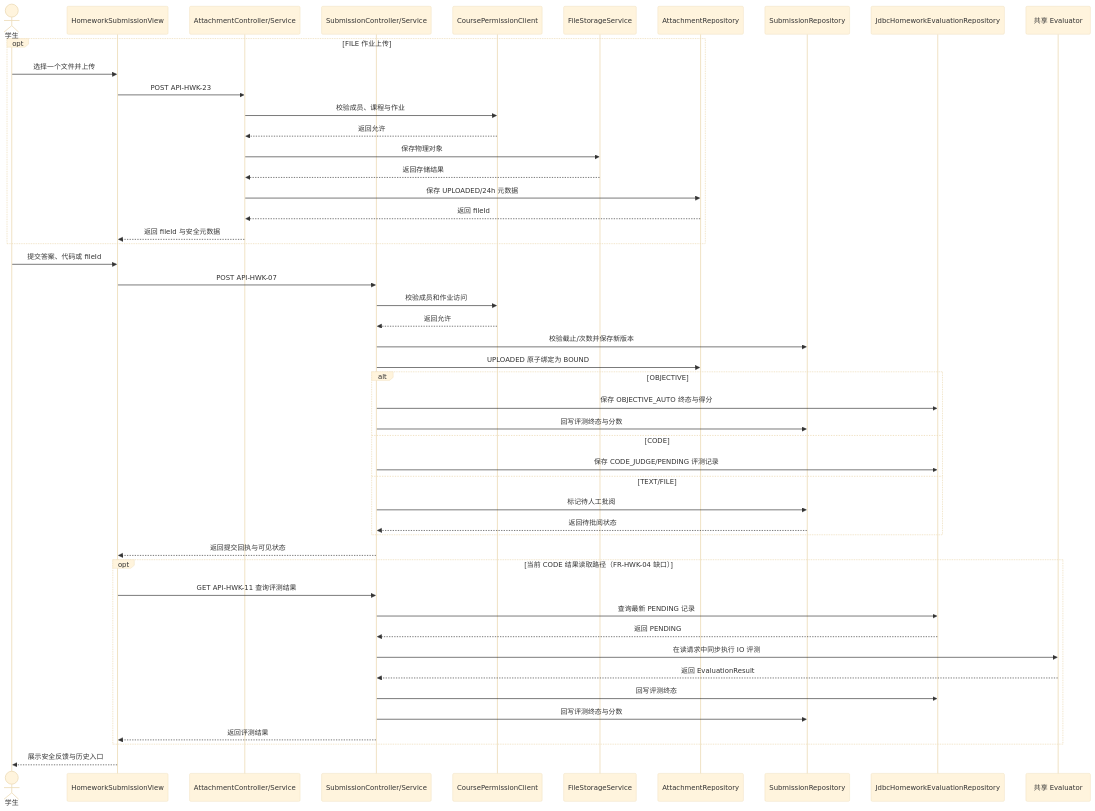
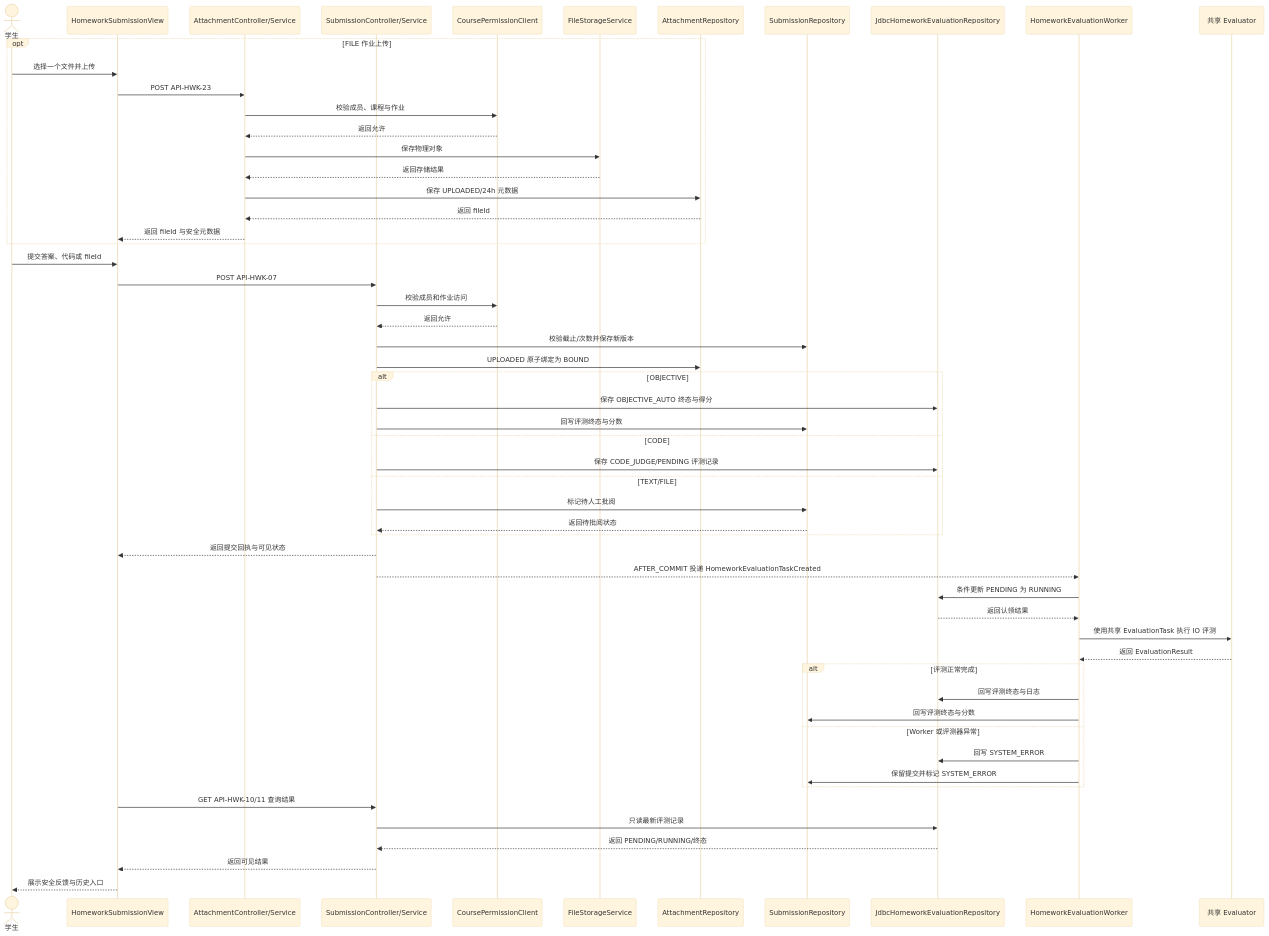
Before and after one commit to Cr4zyorange/OnlineJudge: the diagram in docs/diagrams/dsd/fig_3_5_3b_hwk_submission_object.mmd, drawn with Mermaid (base theme). The commit also changed 6 other files, not shown here.

Commit message:
docs(hwk): close async evaluation evidence

```diff
--- a/docs/diagrams/dsd/fig_3_5_3b_hwk_submission_object.mmd
+++ b/docs/diagrams/dsd/fig_3_5_3b_hwk_submission_object.mmd
@@ -1,49 +1,56 @@
 sequenceDiagram
   actor Student as 学生
   participant View as HomeworkSubmissionView
   participant Attachment as AttachmentController/Service
   participant Submission as SubmissionController/Service
   participant Permission as CoursePermissionClient
   participant Storage as FileStorageService
   participant AttachmentRepo as AttachmentRepository
   participant SubmissionRepo as SubmissionRepository
   participant EvaluationRepo as JdbcHomeworkEvaluationRepository
+  participant Worker as HomeworkEvaluationWorker
   participant Evaluator as 共享 Evaluator
   opt FILE 作业上传
     Student->>View: 选择一个文件并上传
     View->>Attachment: POST API-HWK-23
     Attachment->>Permission: 校验成员、课程与作业
     Permission-->>Attachment: 返回允许
     Attachment->>Storage: 保存物理对象
     Storage-->>Attachment: 返回存储结果
     Attachment->>AttachmentRepo: 保存 UPLOADED/24h 元数据
     AttachmentRepo-->>Attachment: 返回 fileId
     Attachment-->>View: 返回 fileId 与安全元数据
   end
   Student->>View: 提交答案、代码或 fileId
   View->>Submission: POST API-HWK-07
   Submission->>Permission: 校验成员和作业访问
   Permission-->>Submission: 返回允许
   Submission->>SubmissionRepo: 校验截止/次数并保存新版本
   Submission->>AttachmentRepo: UPLOADED 原子绑定为 BOUND
   alt OBJECTIVE
     Submission->>EvaluationRepo: 保存 OBJECTIVE_AUTO 终态与得分
     Submission->>SubmissionRepo: 回写评测终态与分数
   else CODE
     Submission->>EvaluationRepo: 保存 CODE_JUDGE/PENDING 评测记录
   else TEXT/FILE
     Submission->>SubmissionRepo: 标记待人工批阅
     SubmissionRepo-->>Submission: 返回待批阅状态
   end
   Submission-->>View: 返回提交回执与可见状态
-  opt 当前 CODE 结果读取路径（FR-HWK-04 缺口）
-    View->>Submission: GET API-HWK-11 查询评测结果
-    Submission->>EvaluationRepo: 查询最新 PENDING 记录
-    EvaluationRepo-->>Submission: 返回 PENDING
-    Submission->>Evaluator: 在读请求中同步执行 IO 评测
-    Evaluator-->>Submission: 返回 EvaluationResult
-    Submission->>EvaluationRepo: 回写评测终态
-    Submission->>SubmissionRepo: 回写评测终态与分数
-    Submission-->>View: 返回评测结果
+  Submission-->>Worker: AFTER_COMMIT 投递 HomeworkEvaluationTaskCreated
+  Worker->>EvaluationRepo: 条件更新 PENDING 为 RUNNING
+  EvaluationRepo-->>Worker: 返回认领结果
+  Worker->>Evaluator: 使用共享 EvaluationTask 执行 IO 评测
+  Evaluator-->>Worker: 返回 EvaluationResult
+  alt 评测正常完成
+    Worker->>EvaluationRepo: 回写评测终态与日志
+    Worker->>SubmissionRepo: 回写评测终态与分数
+  else Worker 或评测器异常
+    Worker->>EvaluationRepo: 回写 SYSTEM_ERROR
+    Worker->>SubmissionRepo: 保留提交并标记 SYSTEM_ERROR
   end
+  View->>Submission: GET API-HWK-10/11 查询结果
+  Submission->>EvaluationRepo: 只读最新评测记录
+  EvaluationRepo-->>Submission: 返回 PENDING/RUNNING/终态
+  Submission-->>View: 返回可见结果
   View-->>Student: 展示安全反馈与历史入口
```
